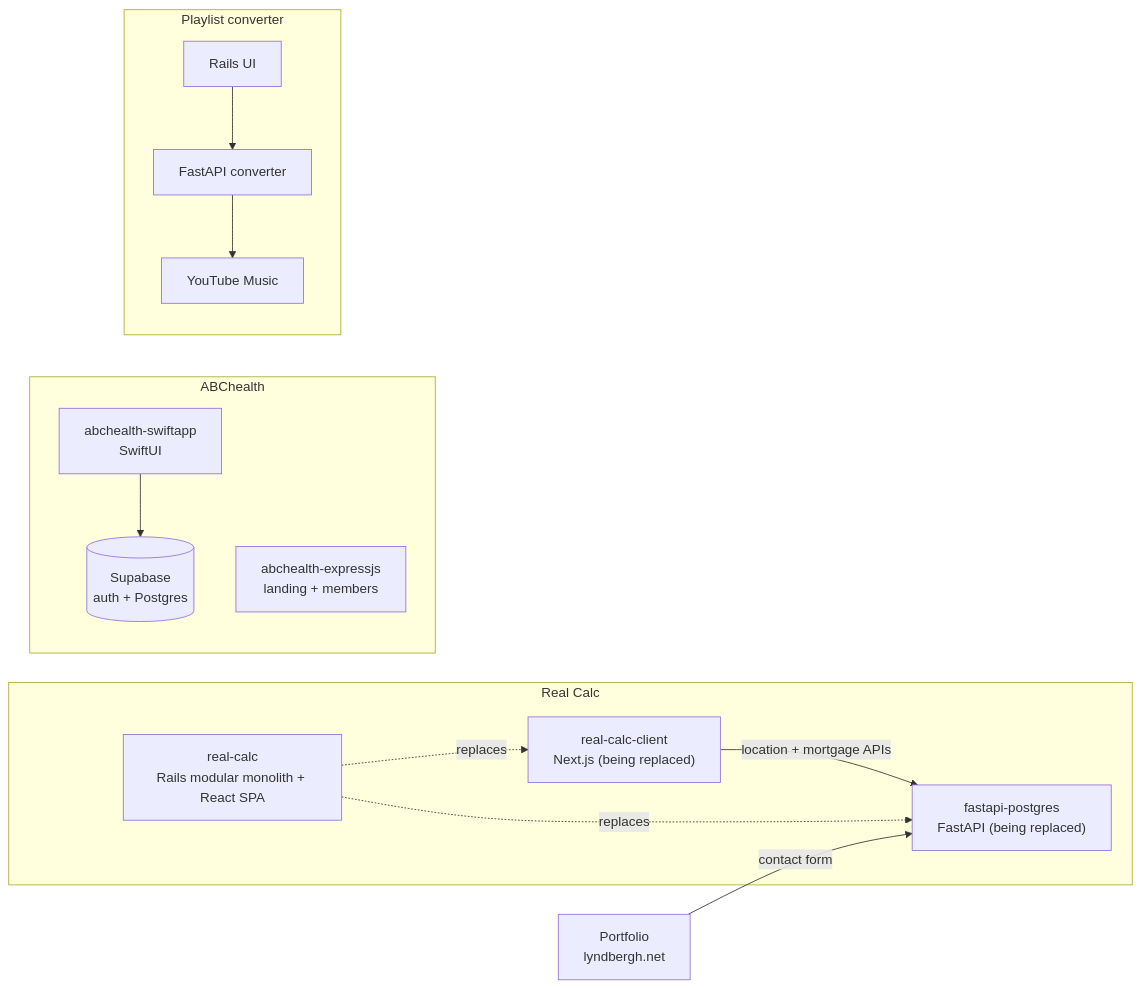
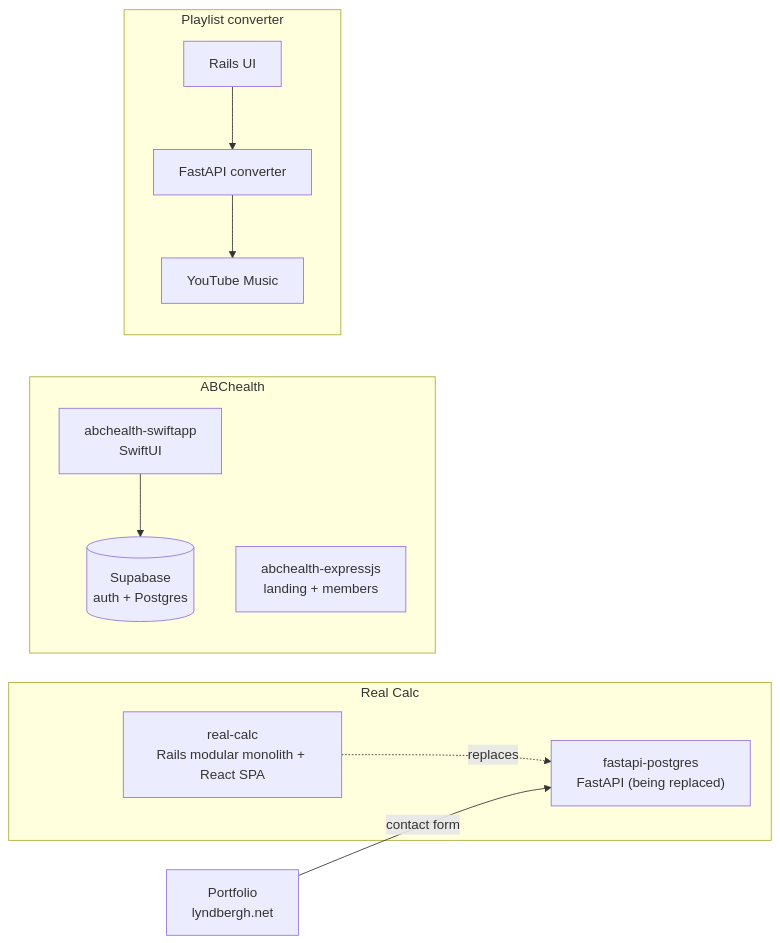
Before and after one commit to Lsimelus/lyndbergh-platform: the first of 2 diagrams in README.md, drawn with Mermaid. The commit also changed other lines of this file and 10 other files, not shown here.

First line of the commit message:
feat: Kamal deploy to the real-calc VPS, nightly SQLite backups and contact import

````diff
--- a/README.md
+++ b/README.md
@@ -27,19 +26,16 @@
 ```mermaid
 flowchart LR
   subgraph realcalc["Real Calc"]
     rc["real-calc<br/>Rails modular monolith + React SPA"]
-    rcc["real-calc-client<br/>Next.js (being replaced)"]
     fp["fastapi-postgres<br/>FastAPI (being replaced)"]
-    rcc -->|location + mortgage APIs| fp
     rc -.->|replaces| fp
-    rc -.->|replaces| rcc
   end
   subgraph abc["ABChealth"]
     ios["abchealth-swiftapp<br/>SwiftUI"] --> supa[("Supabase<br/>auth + Postgres")]
     web["abchealth-expressjs<br/>landing + members"]
   end
   subgraph pvc["Playlist converter"]
     ui["Rails UI"] --> conv["FastAPI converter"] --> ytm["YouTube Music"]
   end
   pf["Portfolio<br/>lyndbergh.net"] -->|contact form| fp
 ```
````
